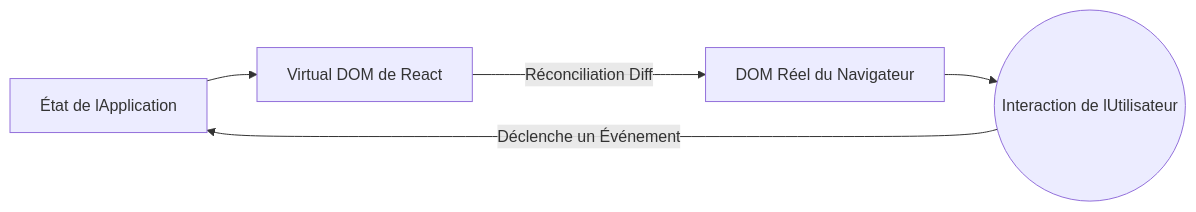
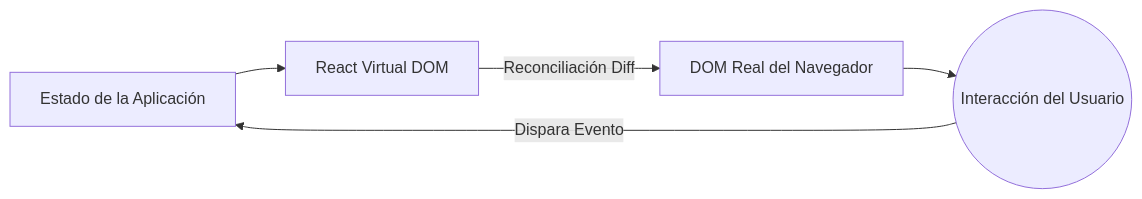
One commit to gjpierp/nmergeia changed the first of 2 diagrams in public/docs/fr/ext_react_inicial.md. Above: the diagram before and after it, drawn with Mermaid. The commit also changed other lines of this file and 518 other files, not shown here.

````diff
--- a/public/docs/fr/ext_react_inicial.md
+++ b/public/docs/fr/ext_react_inicial.md
@@ -9,7 +9,7 @@
 ```mermaid
 graph LR
-    Estado[État de lApplication] --> ReactEngine[Virtual DOM de React]
-    ReactEngine -->|Réconciliation Diff| DOM[DOM Réel du Navigateur]
-    DOM --> Usuario((Interaction de lUtilisateur))
-    Usuario -->|Déclenche un Événement| Estado
+    Estado[Estado de la Aplicación] --> ReactEngine[React Virtual DOM]
+    ReactEngine -->|Reconciliación Diff| DOM[DOM Real del Navegador]
+    DOM --> Usuario((Interacción del Usuario))
+    Usuario -->|Dispara Evento| Estado
 ```
````
